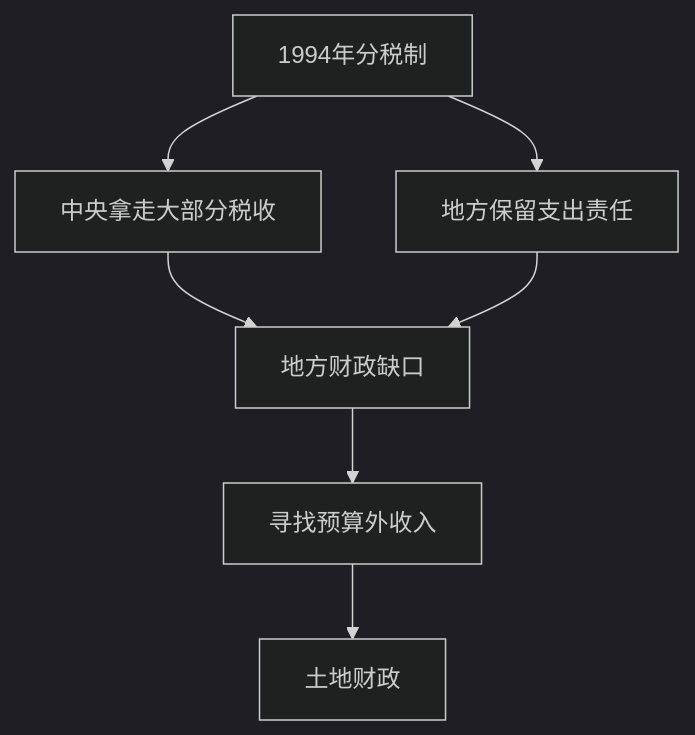
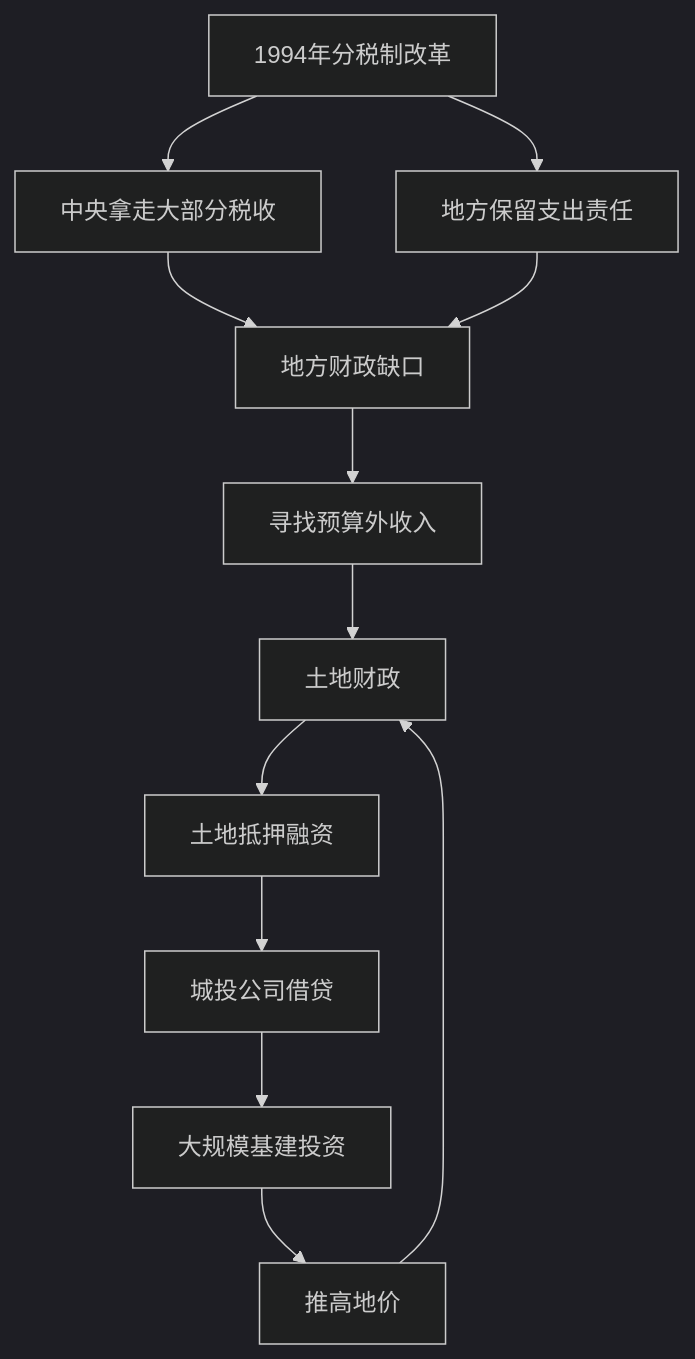
One commit to xdawayer/obsidian changed the diagram in 知识库/经济类/《置身事内》 - 兰小欢.md. Above: the diagram before and after it, drawn with Mermaid (dark theme). The commit also changed other lines of this file and 36 other files, not shown here.

````diff
--- a/知识库/经济类/《置身事内》 - 兰小欢.md
+++ b/知识库/经济类/《置身事内》 - 兰小欢.md
@@ -67,9 +49,14 @@
 ```mermaid
 graph TD
-    A[1994年分税制] --> B[中央拿走大部分税收]
+    A[1994年分税制改革] --> B[中央拿走大部分税收]
     A --> C[地方保留支出责任]
     B --> D[地方财政缺口]
     C --> D
     D --> E[寻找预算外收入]
     E --> F[土地财政]
+    F --> G[土地抵押融资]
+    G --> H[城投公司借贷]
+    H --> I[大规模基建投资]
+    I --> J[推高地价]
+    J --> F
 ```
````
